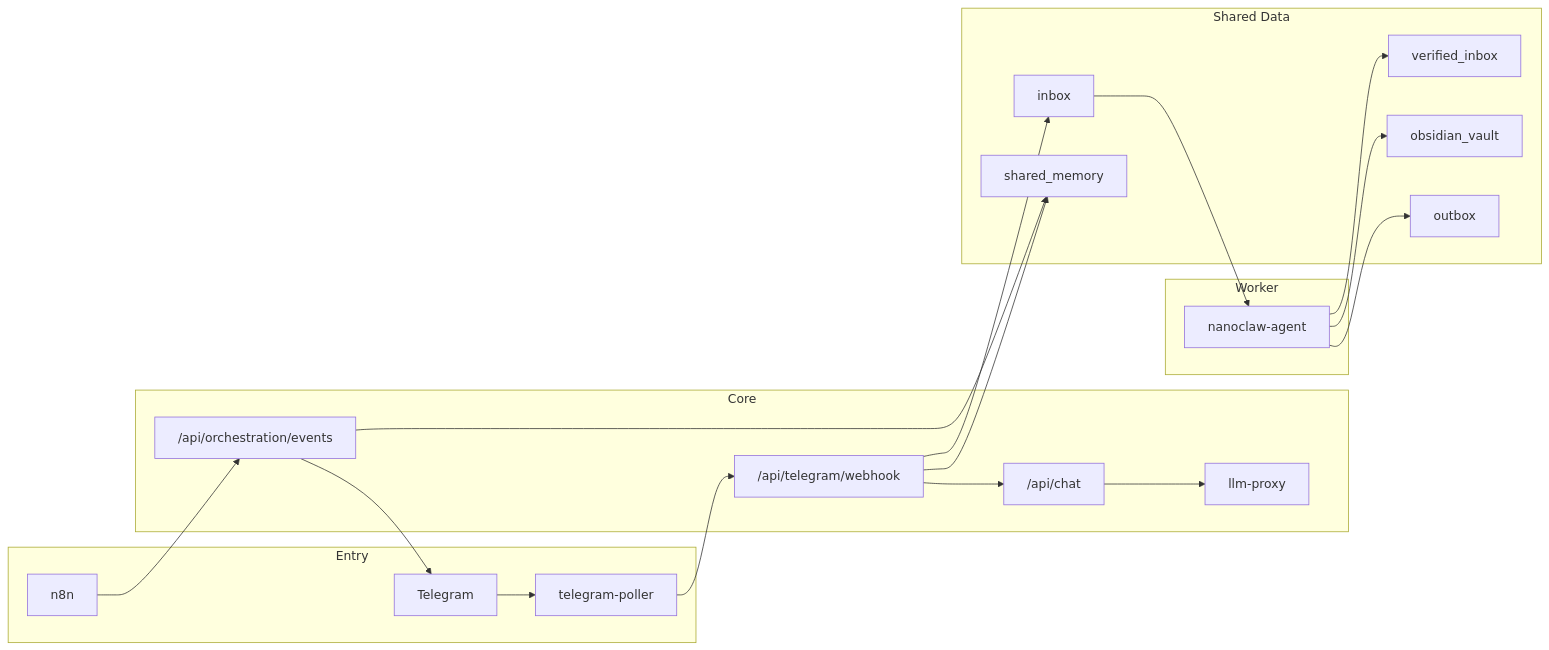
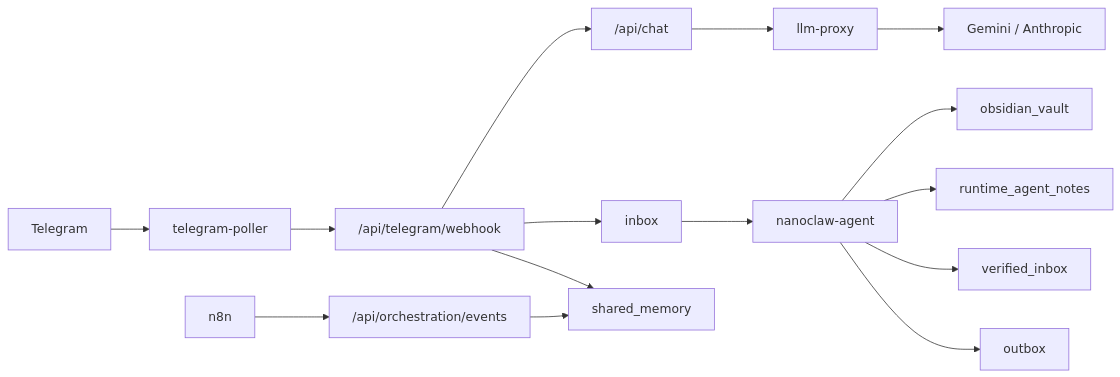
One commit to Merchantlee99/Personal-AI-agent-v2 changed the diagram in docs/IMPLEMENTATION_COVERAGE.md. Above: the diagram before and after it, drawn with Mermaid. The commit also changed other lines of this file and 14 other files, not shown here.

Commit message:
refactor: separate clio user vault from runtime artifacts

````diff
--- a/docs/IMPLEMENTATION_COVERAGE.md
+++ b/docs/IMPLEMENTATION_COVERAGE.md
@@ -39,41 +41,13 @@
 ```mermaid
 flowchart LR
-  subgraph ENTRY["Entry"]
-    TG["Telegram"]
-    TP["telegram-poller"]
-    N8N["n8n"]
-  end
-
-  subgraph CORE["Core"]
-    PX["llm-proxy"]
-    ORCH["/api/orchestration/events"]
-    TGCB["/api/telegram/webhook"]
-    CHAT["/api/chat"]
-  end
-
-  subgraph WORKER["Worker"]
-    AG["nanoclaw-agent"]
-  end
-
-  subgraph DATA["Shared Data"]
-    MEM["shared_memory"]
-    INBOX["inbox"]
-    OUTBOX["outbox"]
-    VAULT["obsidian_vault"]
-    VERIFIED["verified_inbox"]
-  end
-
-  TG --> TP
-  TP --> TGCB
-  TGCB --> CHAT
-  CHAT --> PX
-  N8N --> ORCH
-  ORCH --> TG
-  ORCH --> MEM
-  TGCB --> MEM
-  TGCB --> INBOX
-  INBOX --> AG
-  AG --> OUTBOX
-  AG --> VAULT
-  AG --> VERIFIED
+  TG["Telegram"] --> TP["telegram-poller"] --> WEBHOOK["/api/telegram/webhook"]
+  WEBHOOK --> CHAT["/api/chat"] --> PX["llm-proxy"] --> LLM["Gemini / Anthropic"]
+  N8N["n8n"] --> ORCH["/api/orchestration/events"]
+  WEBHOOK --> INBOX["inbox"] --> AG["nanoclaw-agent"]
+  AG --> VAULT["obsidian_vault"]
+  AG --> RUNTIME["runtime_agent_notes"]
+  AG --> VERIFIED["verified_inbox"]
+  AG --> OUTBOX["outbox"]
+  ORCH --> MEM["shared_memory"]
+  WEBHOOK --> MEM
 ```
````
